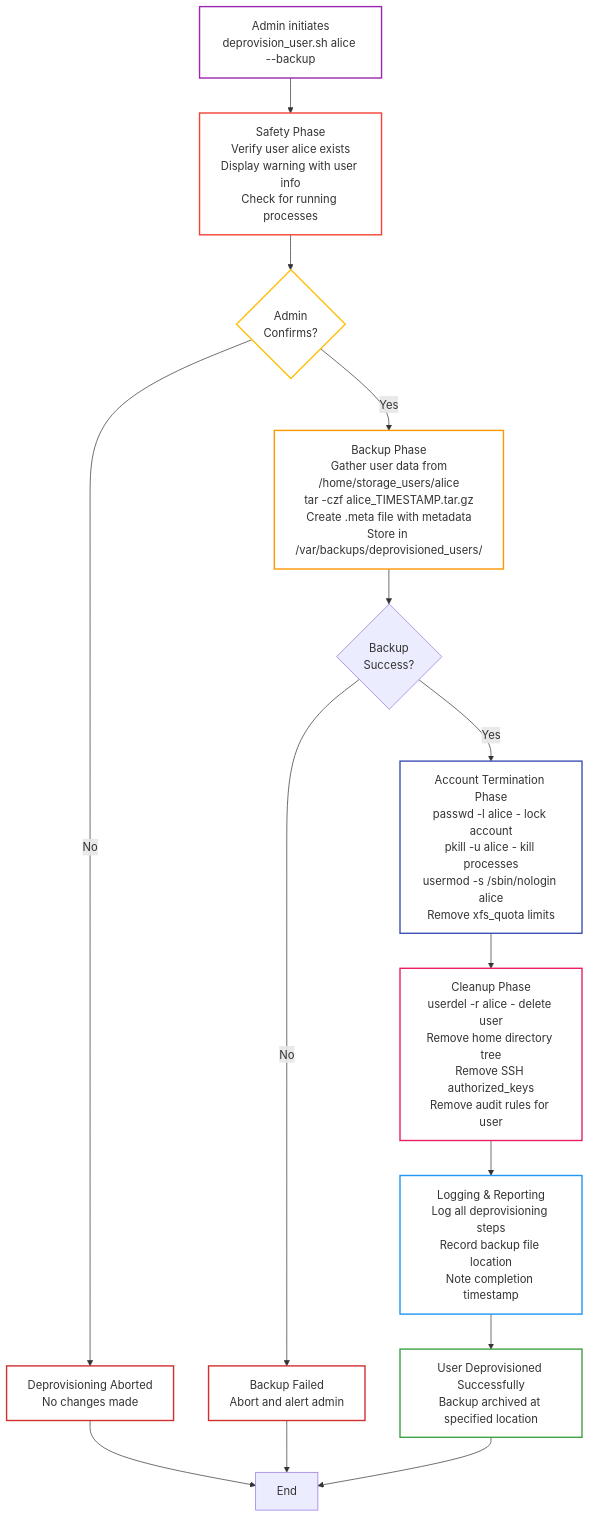
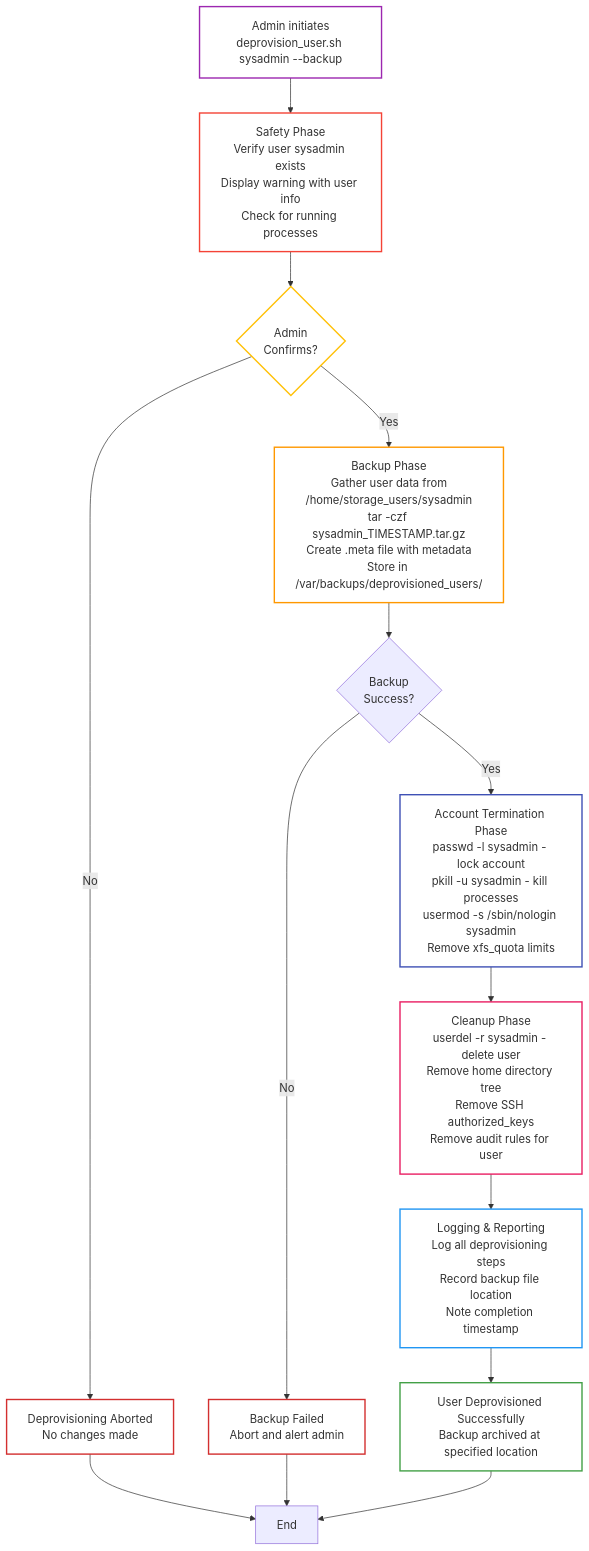
One commit to aaronwittchen/Automated-Storage-Provisioning-Tool changed the fourth of 7 diagrams in docs/architecture.md. Above: the diagram before and after it, drawn with Mermaid. The commit also changed other lines of this file and 8 other files, not shown here.

````diff
--- a/docs/architecture.md
+++ b/docs/architecture.md
@@ -142,35 +142,35 @@
 ```mermaid
 graph TD
-    Start["Admin initiates<br/>deprovision_user.sh alice --backup"] --> Safe["Safety Phase<br/>Verify user alice exists<br/>Display warning with user info<br/>Check for running processes"]
+    Start["Admin initiates<br/>deprovision_user.sh sysadmin --backup"] --> Safe["Safety Phase<br/>Verify user sysadmin exists<br/>Display warning with user info<br/>Check for running processes"]
     
     Safe --> Confirm{Admin<br/>Confirms?}
     Confirm -->|No| Abort["Deprovisioning Aborted<br/>No changes made"]
     
-    Confirm -->|Yes| Backup["Backup Phase<br/>Gather user data from<br/>/home/storage_users/alice<br/>tar -czf alice_TIMESTAMP.tar.gz<br/>Create .meta file with metadata<br/>Store in /var/backups/deprovisioned_users/"]
+    Confirm -->|Yes| Backup["Backup Phase<br/>Gather user data from<br/>/home/storage_users/sysadmin<br/>tar -czf sysadmin_TIMESTAMP.tar.gz<br/>Create .meta file with metadata<br/>Store in /var/backups/deprovisioned_users/"]
     
     Backup --> BackupOK{Backup<br/>Success?}
     BackupOK -->|No| BackupErr["Backup Failed<br/>Abort and alert admin"]
     
-    BackupOK -->|Yes| Lock["Account Termination Phase<br/>passwd -l alice - lock account<br/>pkill -u alice - kill processes<br/>usermod -s /sbin/nologin alice<br/>Remove xfs_quota limits"]
+    BackupOK -->|Yes| Lock["Account Termination Phase<br/>passwd -l sysadmin - lock account<br/>pkill -u sysadmin - kill processes<br/>usermod -s /sbin/nologin sysadmin<br/>Remove xfs_quota limits"]
     
-    Lock --> Cleanup["Cleanup Phase<br/>userdel -r alice - delete user<br/>Remove home directory tree<br/>Remove SSH authorized_keys<br/>Remove audit rules for user"]
+    Lock --> Cleanup["Cleanup Phase<br/>userdel -r sysadmin - delete user<br/>Remove home directory tree<br/>Remove SSH authorized_keys<br/>Remove audit rules for user"]
     
     Cleanup --> Logging["Logging & Reporting<br/>Log all deprovisioning steps<br/>Record backup file location<br/>Note completion timestamp"]
     
     Logging --> Success["User Deprovisioned Successfully<br/>Backup archived at specified location"]
     
     Abort --> End["End"]
     BackupErr --> End
     Success --> End
     
     style Start fill:none,stroke:#9c27b0,stroke-width:2px
     style Safe fill:none,stroke:#f44336,stroke-width:2px
     style Confirm fill:none,stroke:#ffc107,stroke-width:2px
     style Backup fill:none,stroke:#ff9800,stroke-width:2px
     style Lock fill:none,stroke:#3f51b5,stroke-width:2px
     style Cleanup fill:none,stroke:#e91e63,stroke-width:2px
     style Logging fill:none,stroke:#2196f3,stroke-width:2px
     style Success fill:none,stroke:#43a047,stroke-width:2px
     style Abort fill:none,stroke:#d32f2f,stroke-width:2px
     style BackupErr fill:none,stroke:#d32f2f,stroke-width:2px
 ```
````
